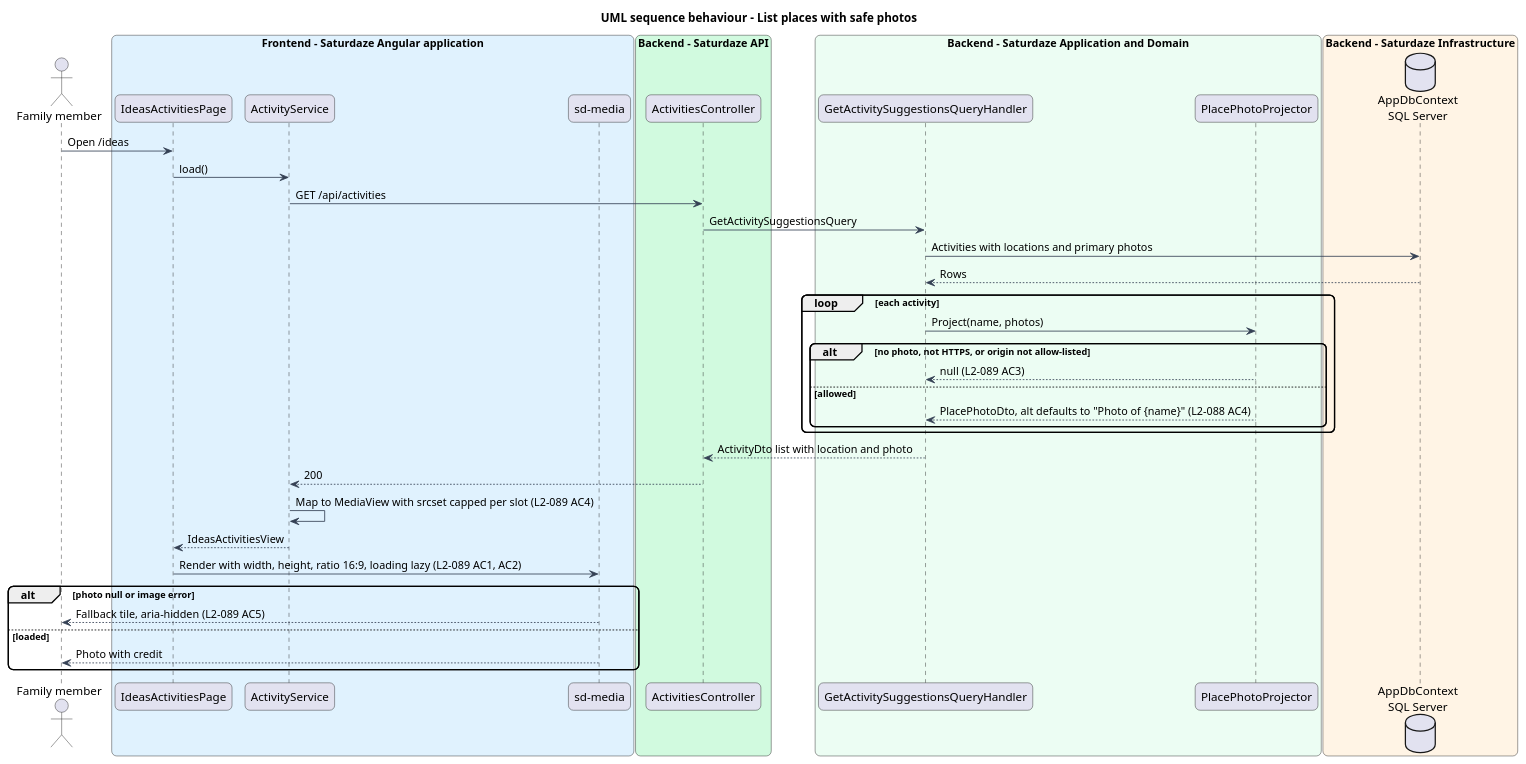
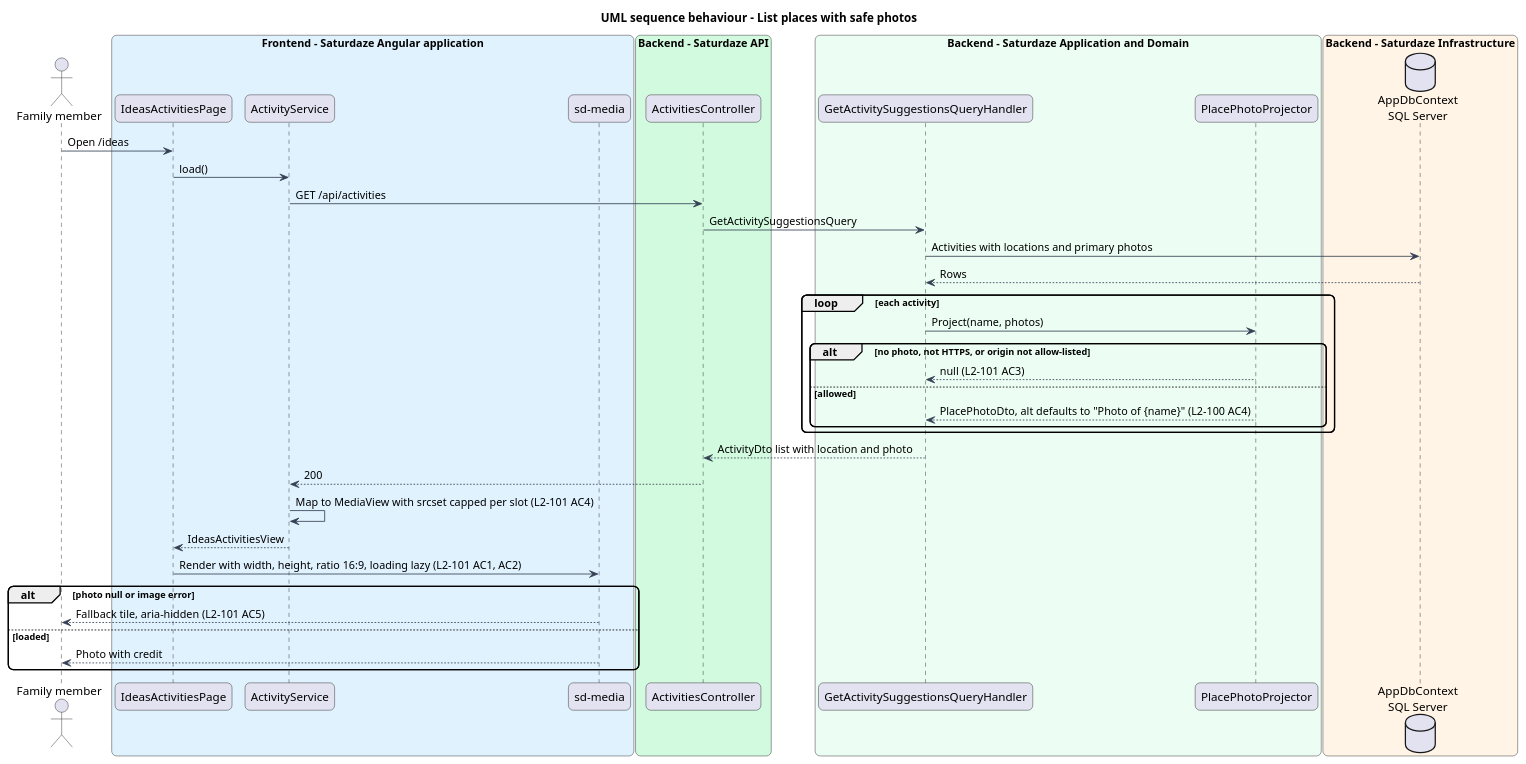
One commit to QuinntyneBrown/saturdaze changed the diagram in docs/detailed-designs/discovery/store-place-location-and-imagery/diagrams/sequence-project.puml. Above: the diagram before and after it, drawn with PlantUML. The commit also changed 164 other files, not shown here.

```diff
--- a/docs/detailed-designs/discovery/store-place-location-and-imagery/diagrams/sequence-project.puml
+++ b/docs/detailed-designs/discovery/store-place-location-and-imagery/diagrams/sequence-project.puml
@@ -1,48 +1,48 @@
 @startuml
 title UML sequence behaviour - List places with safe photos
 skinparam backgroundColor #FFFFFF
 skinparam shadowing false
 skinparam roundcorner 12
 skinparam defaultFontName Arial
 skinparam ArrowColor #344054
 actor "Family member" as actor
 box "Frontend - Saturdaze Angular application" #E0F2FE
  participant "IdeasActivitiesPage" as page
  participant "ActivityService" as client
  participant "sd-media" as media
 end box
 box "Backend - Saturdaze API" #D1FADF
  participant "ActivitiesController" as controller
 end box
 box "Backend - Saturdaze Application and Domain" #ECFDF3
  participant "GetActivitySuggestionsQueryHandler" as handler
  participant "PlacePhotoProjector" as proj
 end box
 box "Backend - Saturdaze Infrastructure" #FFF4E5
  database "AppDbContext\nSQL Server" as db
 end box
 actor -> page : Open /ideas
 page -> client : load()
 client -> controller : GET /api/activities
 controller -> handler : GetActivitySuggestionsQuery
 handler -> db : Activities with locations and primary photos
 db --> handler : Rows
 loop each activity
  handler -> proj : Project(name, photos)
  alt no photo, not HTTPS, or origin not allow-listed
-  proj --> handler : null (L2-089 AC3)
+  proj --> handler : null (L2-101 AC3)
  else allowed
-  proj --> handler : PlacePhotoDto, alt defaults to "Photo of {name}" (L2-088 AC4)
+  proj --> handler : PlacePhotoDto, alt defaults to "Photo of {name}" (L2-100 AC4)
  end
 end
 handler --> controller : ActivityDto list with location and photo
 controller --> client : 200
-client -> client : Map to MediaView with srcset capped per slot (L2-089 AC4)
+client -> client : Map to MediaView with srcset capped per slot (L2-101 AC4)
 client --> page : IdeasActivitiesView
-page -> media : Render with width, height, ratio 16:9, loading lazy (L2-089 AC1, AC2)
+page -> media : Render with width, height, ratio 16:9, loading lazy (L2-101 AC1, AC2)
 alt photo null or image error
- media --> actor : Fallback tile, aria-hidden (L2-089 AC5)
+ media --> actor : Fallback tile, aria-hidden (L2-101 AC5)
 else loaded
  media --> actor : Photo with credit
 end
 @enduml
```
